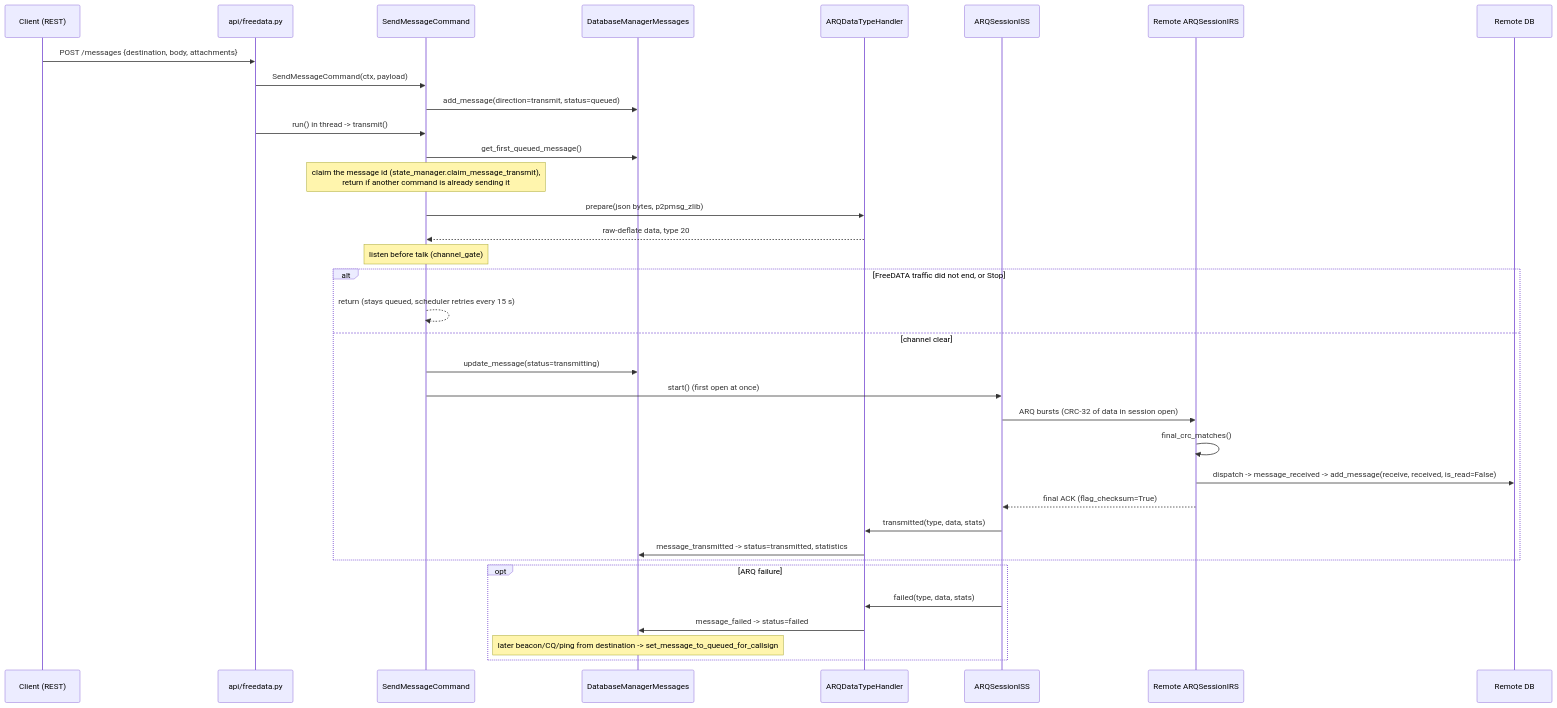
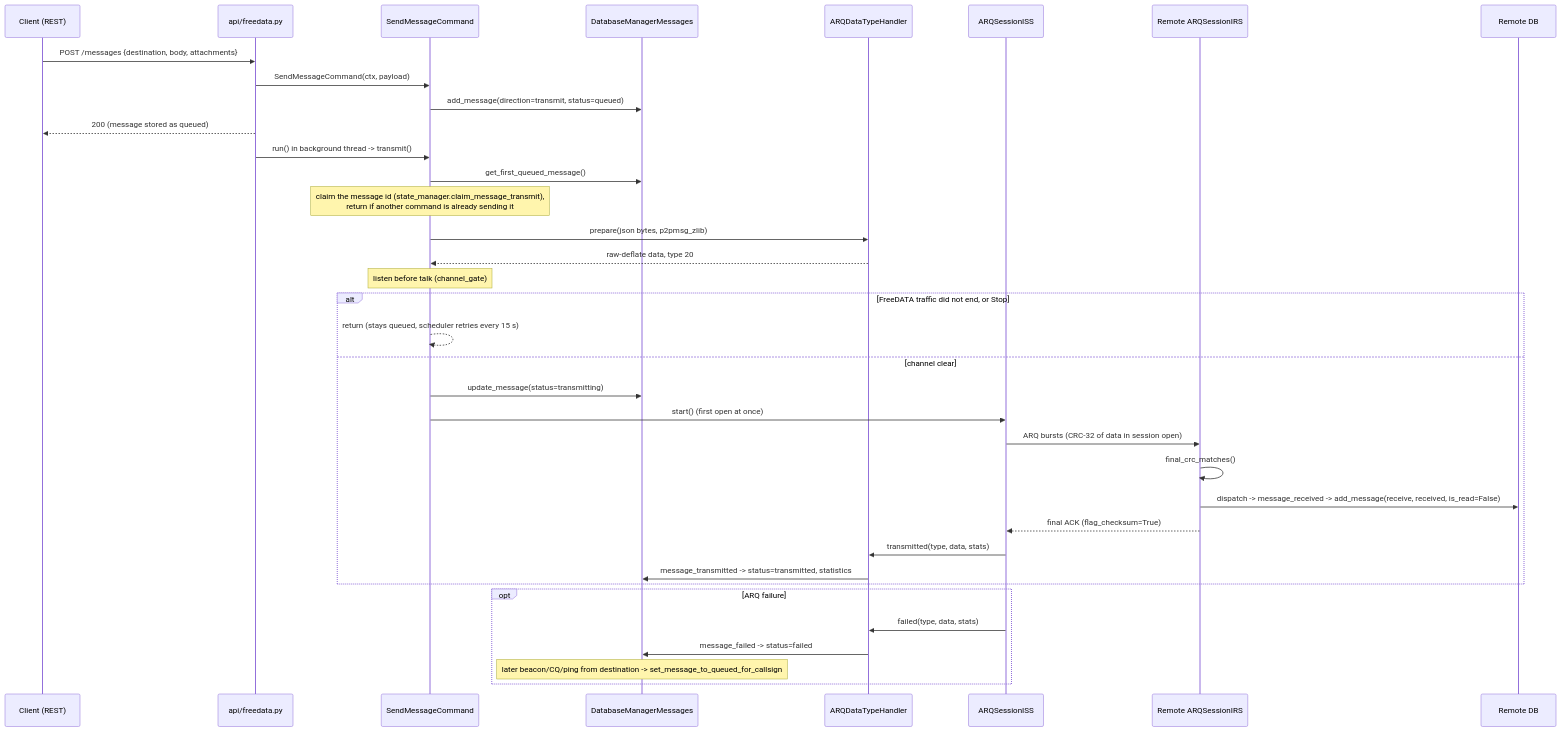
Before and after one commit to OH2JRB/FreeDATA: the third of 3 diagrams in freedata_server/docs/message-system.md, drawn with Mermaid. The commit also changed other lines of this file and 11 other files, not shown here.

````diff
--- a/freedata_server/docs/message-system.md
+++ b/freedata_server/docs/message-system.md
@@ -412,38 +412,39 @@
 ```mermaid
 sequenceDiagram
     participant UI as Client (REST)
     participant API as api/freedata.py
     participant Cmd as SendMessageCommand
     participant DB as DatabaseManagerMessages
     participant H as ARQDataTypeHandler
     participant ISS as ARQSessionISS
     participant IRS as Remote ARQSessionIRS
     participant RDB as Remote DB
 
     UI->>API: POST /messages {destination, body, attachments}
     API->>Cmd: SendMessageCommand(ctx, payload)
     Cmd->>DB: add_message(direction=transmit, status=queued)
-    API->>Cmd: run() in thread -> transmit()
+    API-->>UI: 200 (message stored as queued)
+    API->>Cmd: run() in background thread -> transmit()
     Cmd->>DB: get_first_queued_message()
     Note over Cmd: claim the message id (state_manager.claim_message_transmit),<br/>return if another command is already sending it
     Cmd->>H: prepare(json bytes, p2pmsg_zlib)
     H-->>Cmd: raw-deflate data, type 20
     Note over Cmd: listen before talk (channel_gate)
     alt FreeDATA traffic did not end, or Stop
         Cmd-->>Cmd: return (stays queued, scheduler retries every 15 s)
     else channel clear
         Cmd->>DB: update_message(status=transmitting)
         Cmd->>ISS: start() (first open at once)
         ISS->>IRS: ARQ bursts (CRC-32 of data in session open)
         IRS->>IRS: final_crc_matches()
         IRS->>RDB: dispatch -> message_received -> add_message(receive, received, is_read=False)
         IRS-->>ISS: final ACK (flag_checksum=True)
         ISS->>H: transmitted(type, data, stats)
         H->>DB: message_transmitted -> status=transmitted, statistics
     end
     opt ARQ failure
         ISS->>H: failed(type, data, stats)
         H->>DB: message_failed -> status=failed
         Note over DB: later beacon/CQ/ping from destination -> set_message_to_queued_for_callsign
     end
 ```
````
